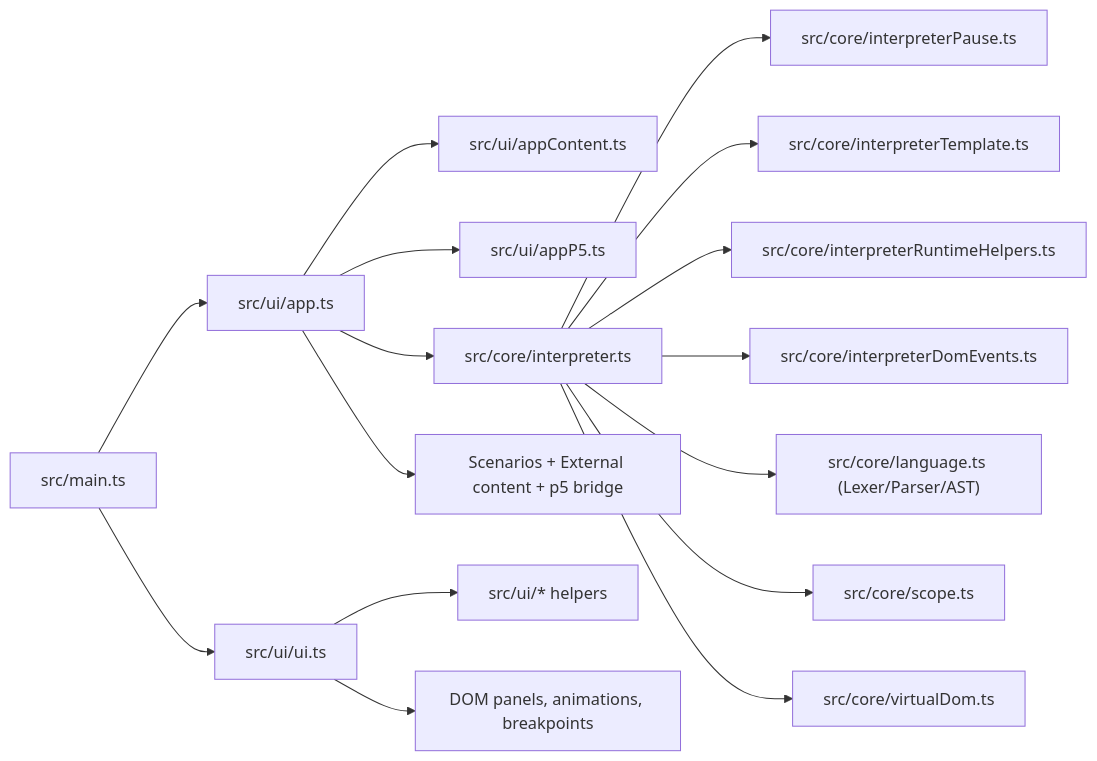
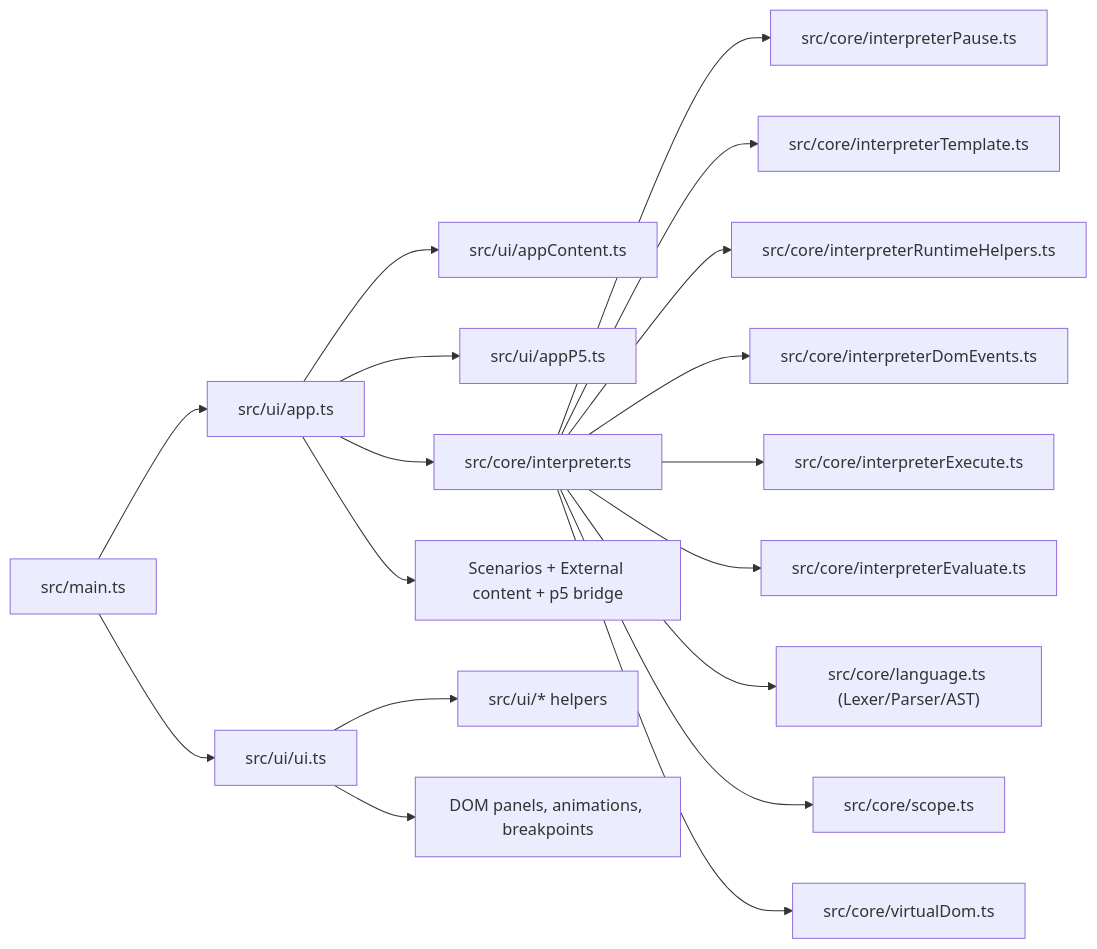
Before and after one commit to molinette505/HTMLJavascriptVisualizer: the diagram in README.md, drawn with Mermaid. The commit also changed other lines of this file and 3 other files, not shown here.

Commit message:
refactor(core): extract execute and evaluate engines

````diff
--- a/README.md
+++ b/README.md
@@ -46,18 +46,20 @@
 ```mermaid
 flowchart LR
   A["src/main.ts"] --> B["src/ui/app.ts"]
   B --> B1["src/ui/appContent.ts"]
   B --> B2["src/ui/appP5.ts"]
   A --> C["src/ui/ui.ts"]
   B --> D["src/core/interpreter.ts"]
   D --> D1["src/core/interpreterPause.ts"]
   D --> D2["src/core/interpreterTemplate.ts"]
   D --> D3["src/core/interpreterRuntimeHelpers.ts"]
   D --> D4["src/core/interpreterDomEvents.ts"]
+  D --> D5["src/core/interpreterExecute.ts"]
+  D --> D6["src/core/interpreterEvaluate.ts"]
   D --> E["src/core/language.ts (Lexer/Parser/AST)"]
   D --> F["src/core/scope.ts"]
   D --> G["src/core/virtualDom.ts"]
   C --> H["src/ui/* helpers"]
   C --> I["DOM panels, animations, breakpoints"]
   B --> J["Scenarios + External content + p5 bridge"]
 ```
````
